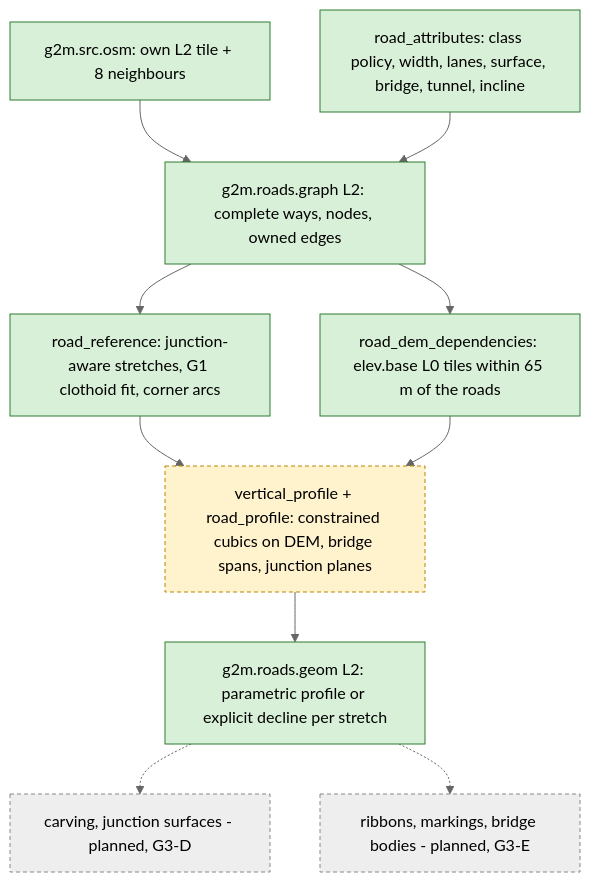
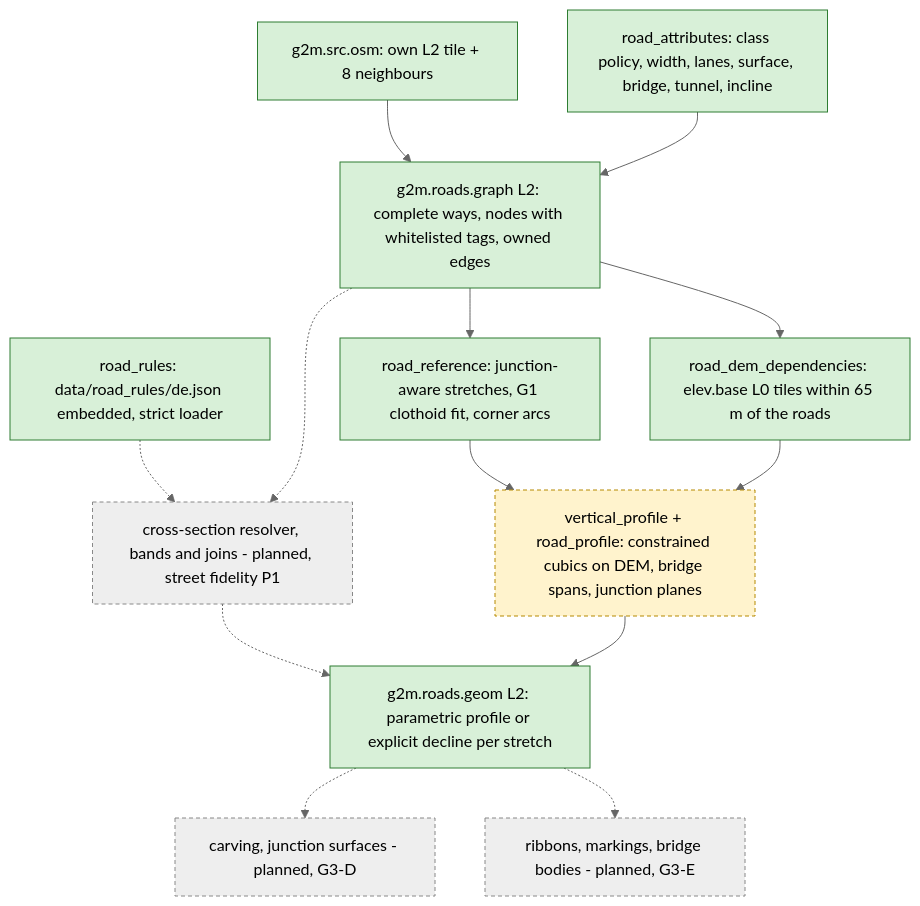
One commit to SebastianDanielFrenz/geo2map_engine changed the diagram in docs/pipeline/roads.md. Above: the diagram before and after it, drawn with Mermaid (neutral theme). The commit also changed other lines of this file and 24 other files, not shown here.

````diff
--- a/docs/pipeline/roads.md
+++ b/docs/pipeline/roads.md
@@ -7,25 +7,30 @@
 ```mermaid
 flowchart TD
   OSM9["g2m.src.osm: own L2 tile + 8 neighbours"]
   ATTR["road_attributes: class policy, width, lanes, surface, bridge, tunnel, incline"]
-  GRAPH["g2m.roads.graph L2: complete ways, nodes, owned edges"]
+  GRAPH["g2m.roads.graph L2: complete ways, nodes with whitelisted tags, owned edges"]
+  RULES["road_rules: data/road_rules/de.json embedded, strict loader"]
+  XS["cross-section resolver, bands and joins - planned, street fidelity P1"]
   REF["road_reference: junction-aware stretches, G1 clothoid fit, corner arcs"]
   DEMDEP["road_dem_dependencies: elev.base L0 tiles within 65 m of the roads"]
   PROF["vertical_profile + road_profile: constrained cubics on DEM, bridge spans, junction planes"]
   GEOM["g2m.roads.geom L2: parametric profile or explicit decline per stretch"]
   CARVE["carving, junction surfaces - planned, G3-D"]
   RIB["ribbons, markings, bridge bodies - planned, G3-E"]
   OSM9 --> GRAPH
   ATTR --> GRAPH
   GRAPH --> REF --> PROF
   GRAPH --> DEMDEP --> PROF
+  RULES -.-> XS
+  GRAPH -.-> XS
+  XS -.-> GEOM
   PROF --> GEOM
   GEOM -.-> CARVE
   GEOM -.-> RIB
   classDef done fill:#d8f0d8,stroke:#2e7d32,color:#000;
   classDef part fill:#fff3cd,stroke:#b58900,stroke-dasharray:4 3,color:#000;
   classDef plan fill:#eeeeee,stroke:#888888,stroke-dasharray:4 3,color:#000;
-  class OSM9,ATTR,GRAPH,REF,DEMDEP,GEOM done;
+  class OSM9,ATTR,GRAPH,REF,DEMDEP,GEOM,RULES done;
   class PROF part;
-  class CARVE,RIB plan;
+  class CARVE,RIB,XS plan;
 ```
````
